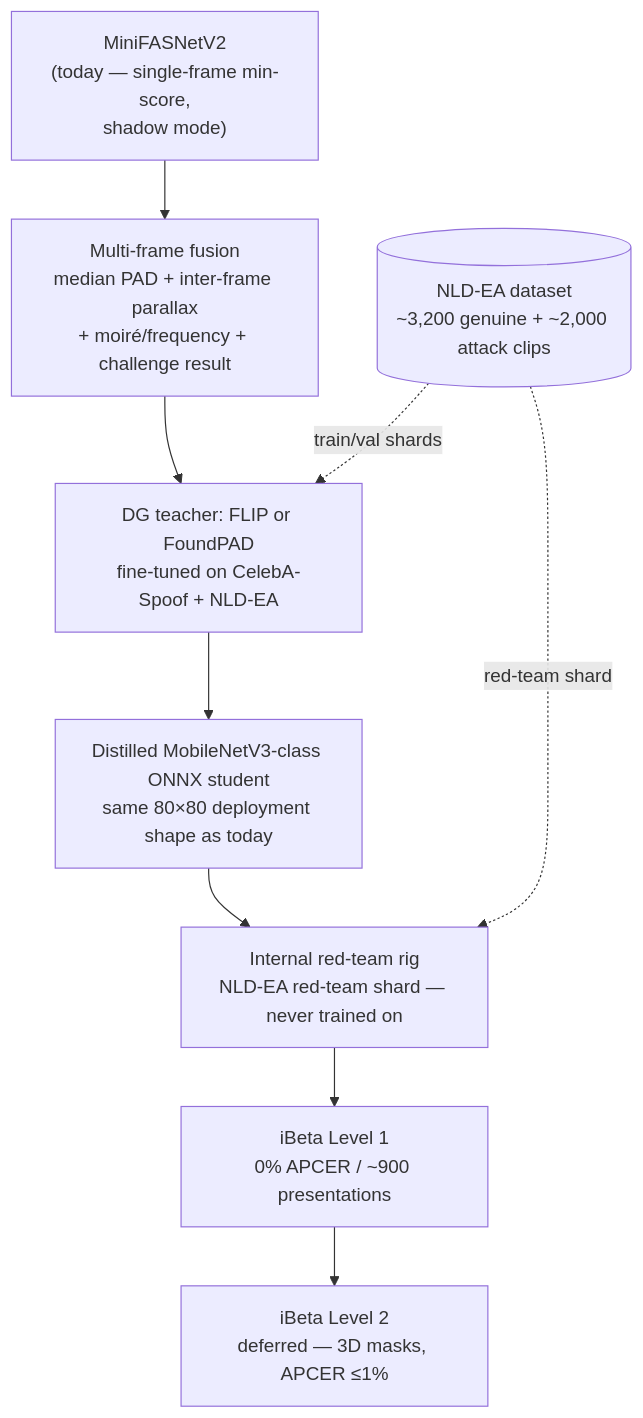
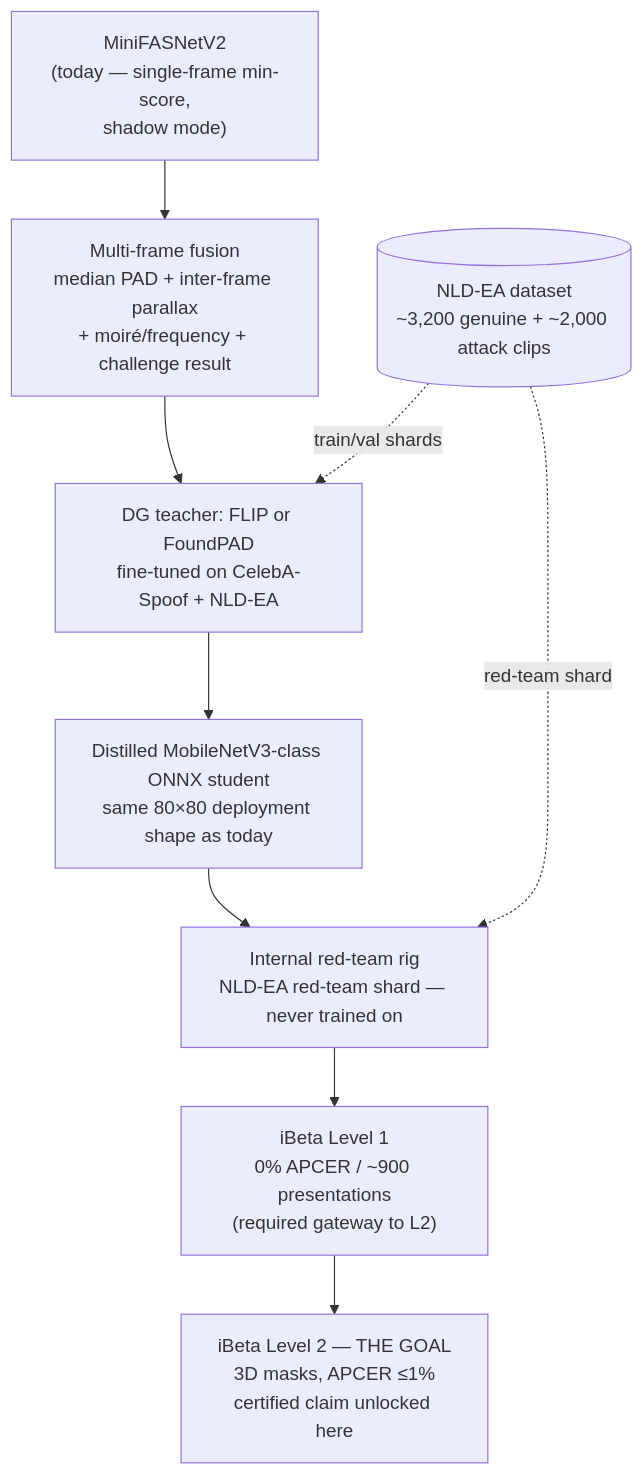
The second of 2 diagrams in docs/ekyc/06-level2-upgrade-plan.md (aktech-io/AthenaIntelligentLMS), drawn with Mermaid before and after one commit. The commit also changed other lines of this file and 3 other files, not shown here.

````diff
--- a/docs/ekyc/06-level2-upgrade-plan.md
+++ b/docs/ekyc/06-level2-upgrade-plan.md
@@ -68,15 +81,15 @@
 ```mermaid
 flowchart TD
     A["MiniFASNetV2<br/>(today — single-frame min-score,<br/>shadow mode)"]
     B["Multi-frame fusion<br/>median PAD + inter-frame parallax<br/>+ moiré/frequency + challenge result"]
     C["DG teacher: FLIP or FoundPAD<br/>fine-tuned on CelebA-Spoof + NLD-EA"]
     D["Distilled MobileNetV3-class ONNX student<br/>same 80×80 deployment shape as today"]
     E["Internal red-team rig<br/>NLD-EA red-team shard — never trained on"]
-    F["iBeta Level 1<br/>0% APCER / ~900 presentations"]
-    G["iBeta Level 2<br/>deferred — 3D masks, APCER ≤1%"]
+    F["iBeta Level 1<br/>0% APCER / ~900 presentations<br/>(required gateway to L2)"]
+    G["iBeta Level 2 — THE GOAL<br/>3D masks, APCER ≤1%<br/>certified claim unlocked here"]
     NLD[("NLD-EA dataset<br/>~3,200 genuine + ~2,000 attack clips")]
 
     A --> B --> C --> D --> E --> F --> G
     NLD -. train/val shards .-> C
     NLD -. red-team shard .-> E
 ```
````
